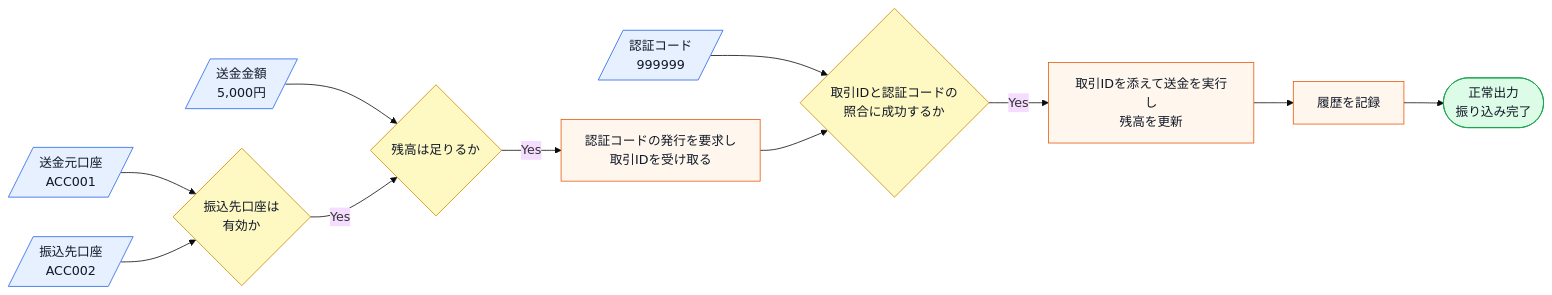
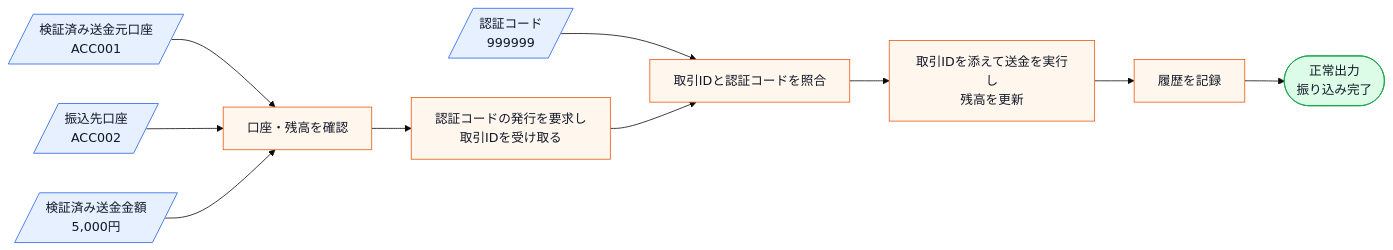
The third of 11 diagrams in kindle/design-patterns/output/chapter02.md (kumachan1101-pixel/DesignPattern), drawn with Mermaid (base theme) before and after one commit. The commit also changed other lines of this file and 20 other files, not shown here.

````diff
--- a/kindle/design-patterns/output/chapter02.md
+++ b/kindle/design-patterns/output/chapter02.md
@@ -560,19 +559,18 @@
 ```mermaid
 flowchart LR
-    A[/送金元口座<br>ACC001/]:::input --> D{振込先口座は<br>有効か}:::decision
+    A[/検証済み送金元口座<br>ACC001/]:::input --> D[口座・残高を確認]:::process
     C[/振込先口座<br>ACC002/]:::input --> D
-    E[/送金金額<br>5,000円/]:::input --> B{残高は足りるか}:::decision
-    D -->|Yes| B
-    B -->|Yes| P[認証コードの発行を要求し<br>取引IDを受け取る]:::process
+    E[/検証済み送金金額<br>5,000円/]:::input --> D
+    D --> P[認証コードの発行を要求し<br>取引IDを受け取る]:::process
     F[/認証コード<br>999999/]:::input --> G
-    P --> G{取引IDと認証コードの<br>照合に成功するか}:::decision
-    G -->|Yes| H
+    P --> G[取引IDと認証コードを照合]:::process
+    G --> H
     H[取引IDを添えて送金を実行し<br>残高を更新]:::process
     H --> I[履歴を記録]:::process
     I --> J([正常出力<br>振り込み完了]):::normal
 
     classDef input fill:#e7f0ff,stroke:#2563eb,color:#111827;
     classDef process fill:#fff7ed,stroke:#ea580c,color:#111827;
     classDef decision fill:#fef9c3,stroke:#ca8a04,color:#111827;
     classDef normal fill:#dcfce7,stroke:#16a34a,color:#111827;
 ```
````
